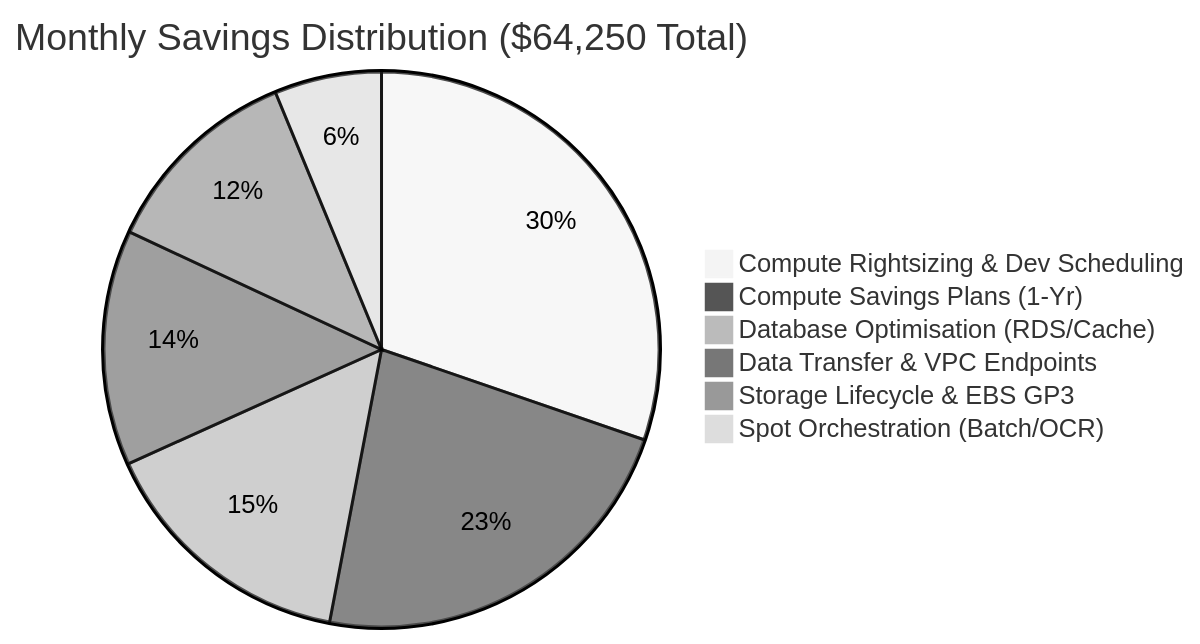
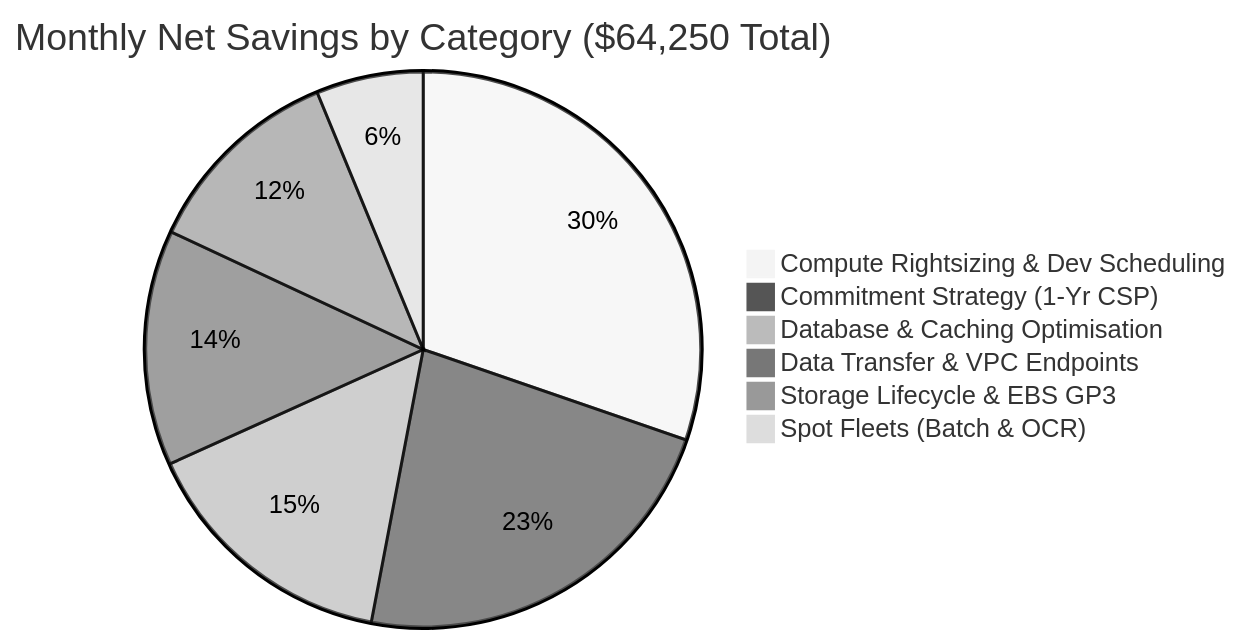
Before and after one commit to MalikRihan0005/1C--Infrastructure-Cost-Optimisation: the first of 2 diagrams in README.md, drawn with Mermaid (neutral theme). The commit also changed other lines of this file and 2 other files, not shown here.

````diff
--- a/README.md
+++ b/README.md
@@ -85,9 +101,9 @@
 ```mermaid
-pie title Monthly Savings Distribution ($64,250 Total)
+pie title Monthly Net Savings by Category ($64,250 Total)
     "Compute Rightsizing & Dev Scheduling" : 19450
-    "Compute Savings Plans (1-Yr)" : 14600
-    "Database Optimisation (RDS/Cache)" : 9800
+    "Commitment Strategy (1-Yr CSP)" : 14600
+    "Database & Caching Optimisation" : 9800
     "Data Transfer & VPC Endpoints" : 8800
     "Storage Lifecycle & EBS GP3" : 7600
-    "Spot Orchestration (Batch/OCR)" : 4000
+    "Spot Fleets (Batch & OCR)" : 4000
 ```
````
